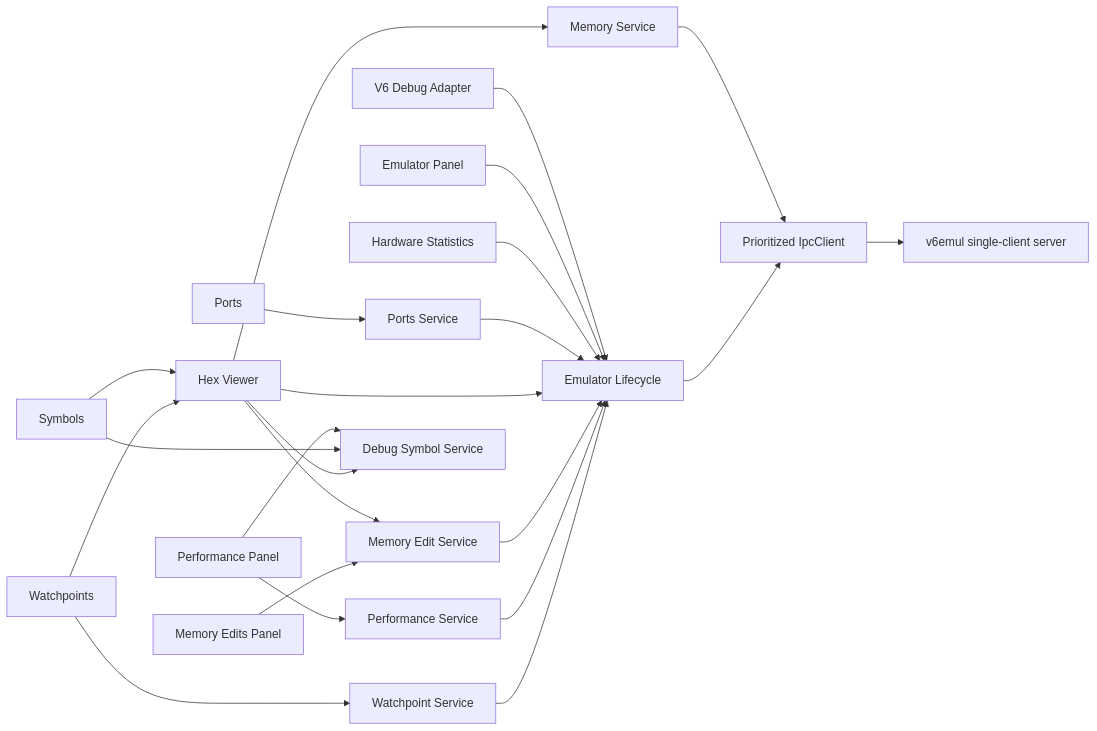
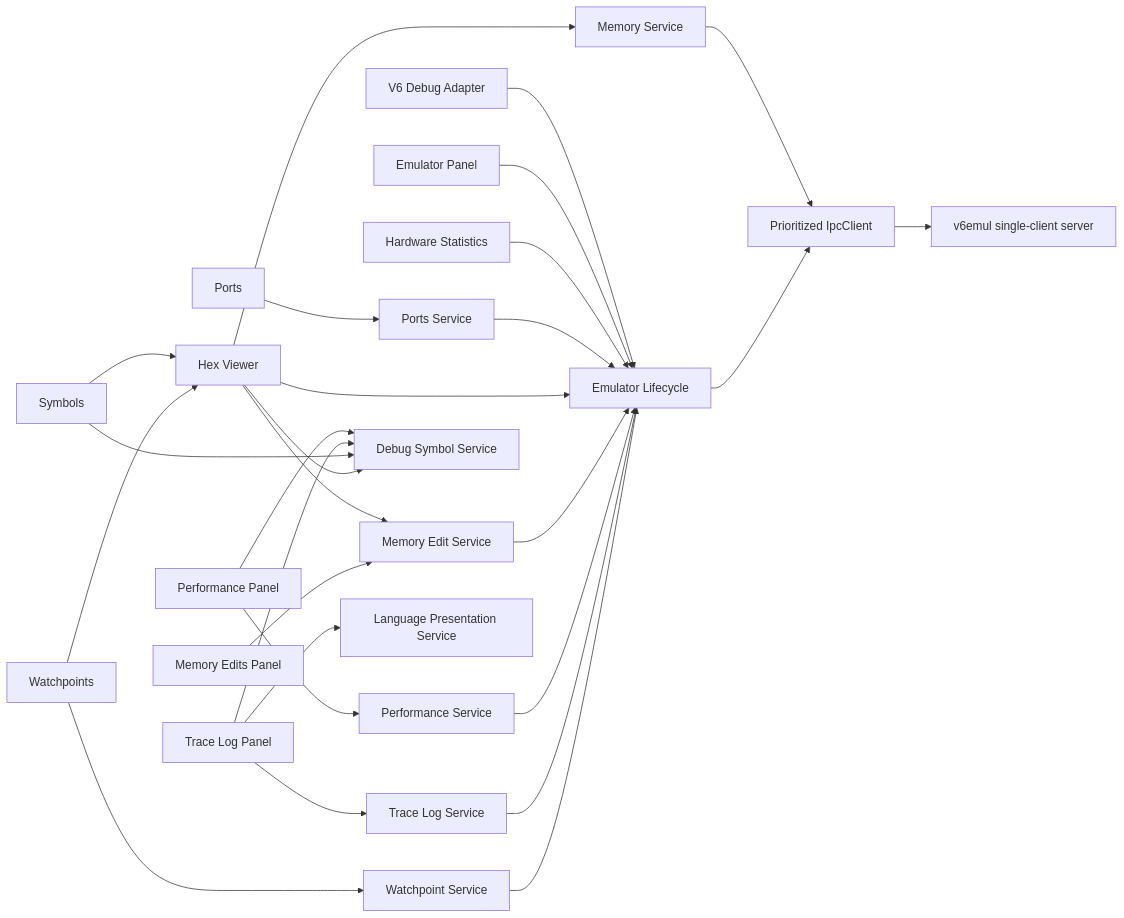
Before and after one commit to parallelno/v6vscode: the diagram in docs/architecture.md, drawn with Mermaid. The commit also changed other lines of this file and 24 other files, not shown here.

Commit message:
`Shared Language Presentation Refactoring` implemented

````diff
--- a/docs/architecture.md
+++ b/docs/architecture.md
@@ -29,25 +29,29 @@
 ```mermaid
 flowchart LR
 	DAP[V6 Debug Adapter] --> Lifecycle[Emulator Lifecycle]
 	Panel[Emulator Panel] --> Lifecycle
 	Stats[Hardware Statistics] --> Lifecycle
 	Ports[Ports] --> PortsService[Ports Service]
 	PortsService --> Lifecycle
 	Hex[Hex Viewer] --> Lifecycle
 	Hex --> Edits[Memory Edit Service]
 	MemoryEdits[Memory Edits Panel] --> Edits
 	Edits --> Lifecycle
 	Performance[Performance Panel] --> PerfService[Performance Service]
 	PerfService --> Lifecycle
 	Performance --> SymbolService
+	Trace[Trace Log Panel] --> TraceService[Trace Log Service]
+	TraceService --> Lifecycle
+	Trace --> Presentation[Language Presentation Service]
+	Trace --> SymbolService
 	Symbols[Symbols] --> SymbolService[Debug Symbol Service]
 	Hex --> SymbolService
 	Symbols --> Hex
 	Watch[Watchpoints] --> WatchService[Watchpoint Service]
 	WatchService --> Lifecycle
 	Watch --> Hex
 	Hex --> Memory[Memory Service]
 	Memory --> Client
 	Lifecycle --> Client[Prioritized IpcClient]
 	Client --> Emulator[v6emul single-client server]
 ```
````
